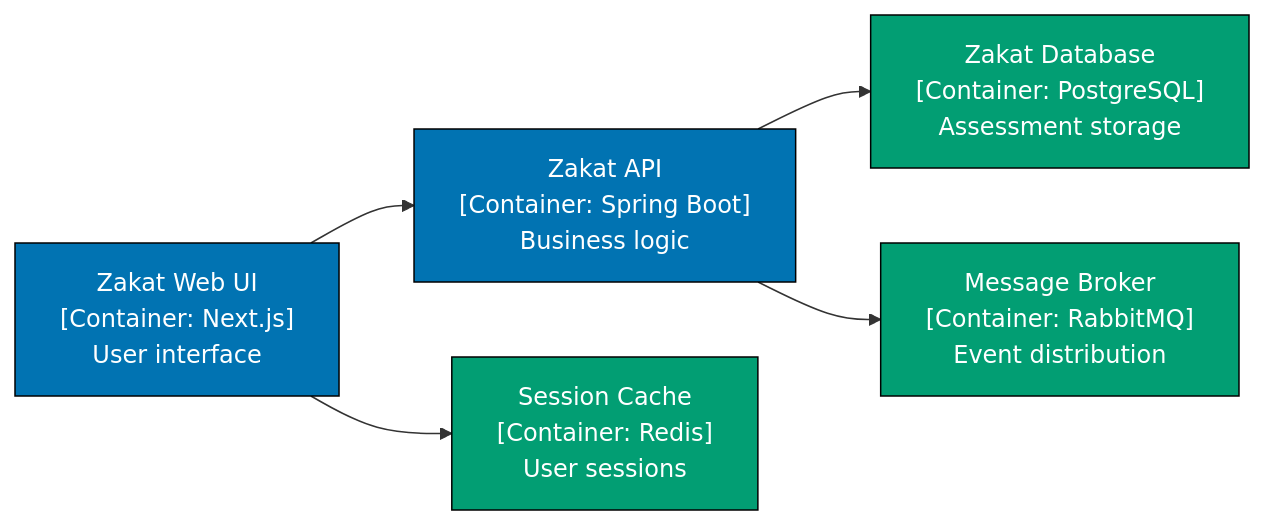
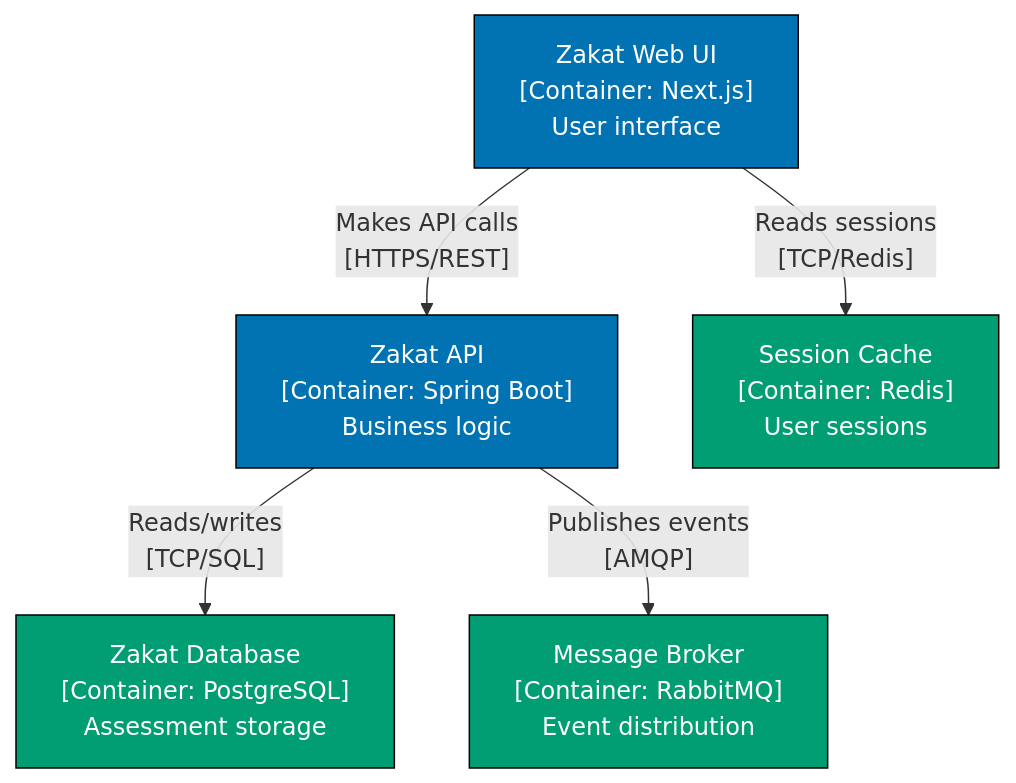
Before and after one commit to wahidyankf/open-sharia-fintech: the fifth of 5 diagrams in docs/explanation/software-engineering/architecture/c4-architecture-model/notation-standards.md, drawn with Mermaid. The commit also changed other lines of this file and 3 other files, not shown here.

````diff
--- a/docs/explanation/software-engineering/architecture/c4-architecture-model/notation-standards.md
+++ b/docs/explanation/software-engineering/architecture/c4-architecture-model/notation-standards.md
@@ -281,16 +287,16 @@
 ```mermaid
-graph LR
+graph TD
     Web["Zakat Web UI<br/>[Container: Next.js]<br/>User interface"]:::blue
     API["Zakat API<br/>[Container: Spring Boot]<br/>Business logic"]:::blue
     DB["Zakat Database<br/>[Container: PostgreSQL]<br/>Assessment storage"]:::teal
     MQ["Message Broker<br/>[Container: RabbitMQ]<br/>Event distribution"]:::teal
     Cache["Session Cache<br/>[Container: Redis]<br/>User sessions"]:::teal
 
-    Web --> API
-    Web --> Cache
-    API --> DB
-    API --> MQ
+    Web -->|"Makes API calls<br/>[HTTPS/REST]"| API
+    Web -->|"Reads sessions<br/>[TCP/Redis]"| Cache
+    API -->|"Reads/writes<br/>[TCP/SQL]"| DB
+    API -->|"Publishes events<br/>[AMQP]"| MQ
 
     classDef blue fill:#0173B2,stroke:#000,color:#FFF
     classDef teal fill:#029E73,stroke:#000,color:#FFF
 ```
````
